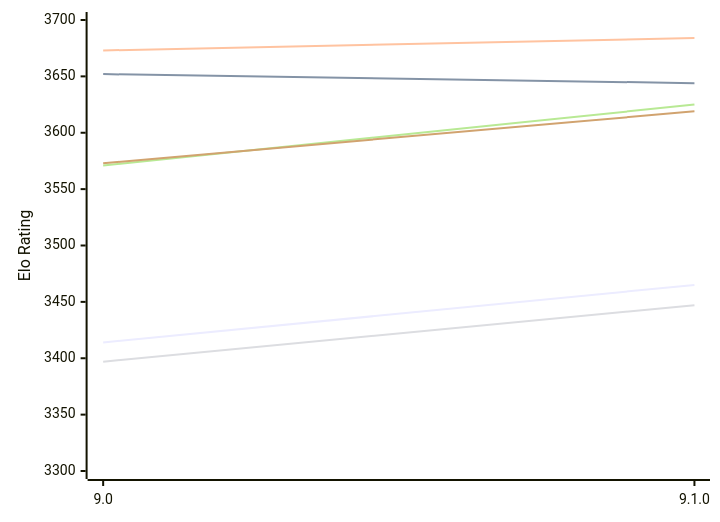
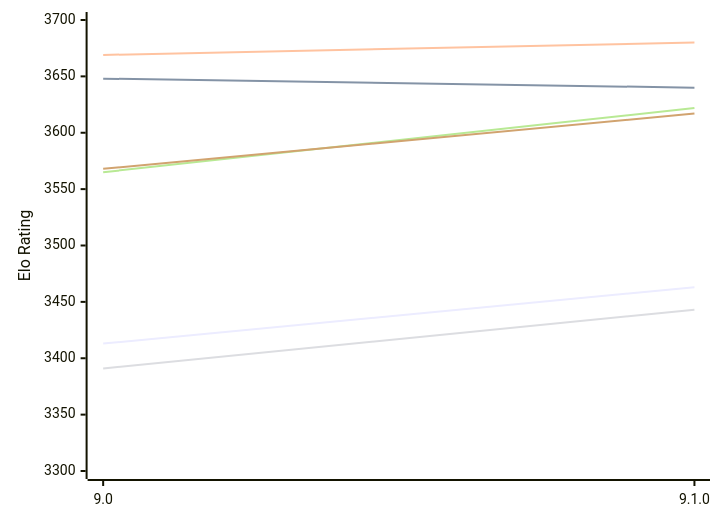
Before and after one commit to computer-chess-index/cci: the first of 2 diagrams in engines/Alexandria.md, drawn with Mermaid. The commit also changed other lines of this file, not shown here.

Commit message:
Update CCI Ratings (ELO VLTC) - 2026-11-19

````diff
--- a/engines/Alexandria.md
+++ b/engines/Alexandria.md
@@ -54,12 +54,12 @@
 ```mermaid
 %%{init: {"theme":"base","themeVariables":{"seriesColors:['#a3a3a3','#222221','#faa371']}}}%%
 xychart-beta
   x-axis ["9.0", "9.1.0"]
   y-axis "Elo Rating" 3300 --> 3700
-  line "E1: STC (8.0+0.08s)" [3414, 3465]
-  line "E1: LTC (60.0+0.60s)" [3652, 3644]
-  line "E1: VLTC (2m24s+1.12s)" [3673, 3684]
-  line "P1: STC (8.0+0.08s)" [3397, 3447]
-  line "P1: LTC (60.0+0.60s)" [3571, 3625]
-  line "P1: VLTC (2m24s+1.12s)" [3573, 3619]
+  line "E1: STC (8.0+0.08s)" [3413, 3463]
+  line "E1: LTC (60.0+0.60s)" [3648, 3640]
+  line "E1: VLTC (2m24s+1.12s)" [3669, 3680]
+  line "P1: STC (8.0+0.08s)" [3391, 3443]
+  line "P1: LTC (60.0+0.60s)" [3565, 3622]
+  line "P1: VLTC (2m24s+1.12s)" [3568, 3617]
 ```
````
